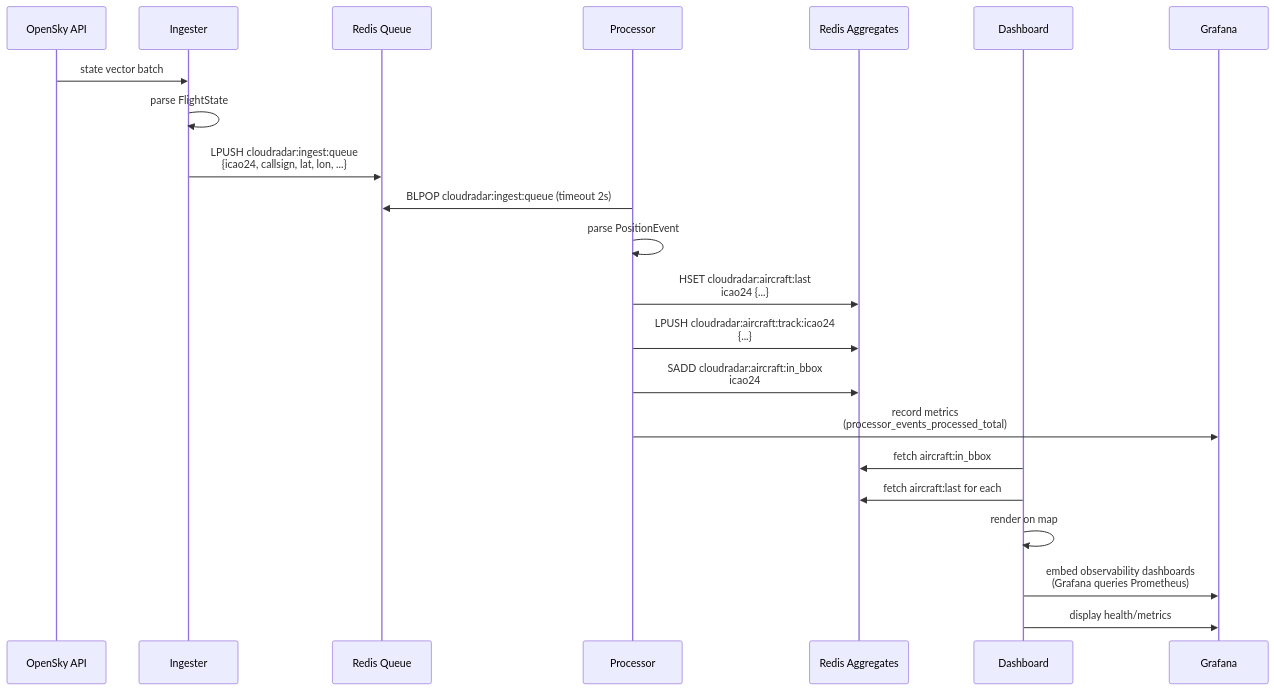
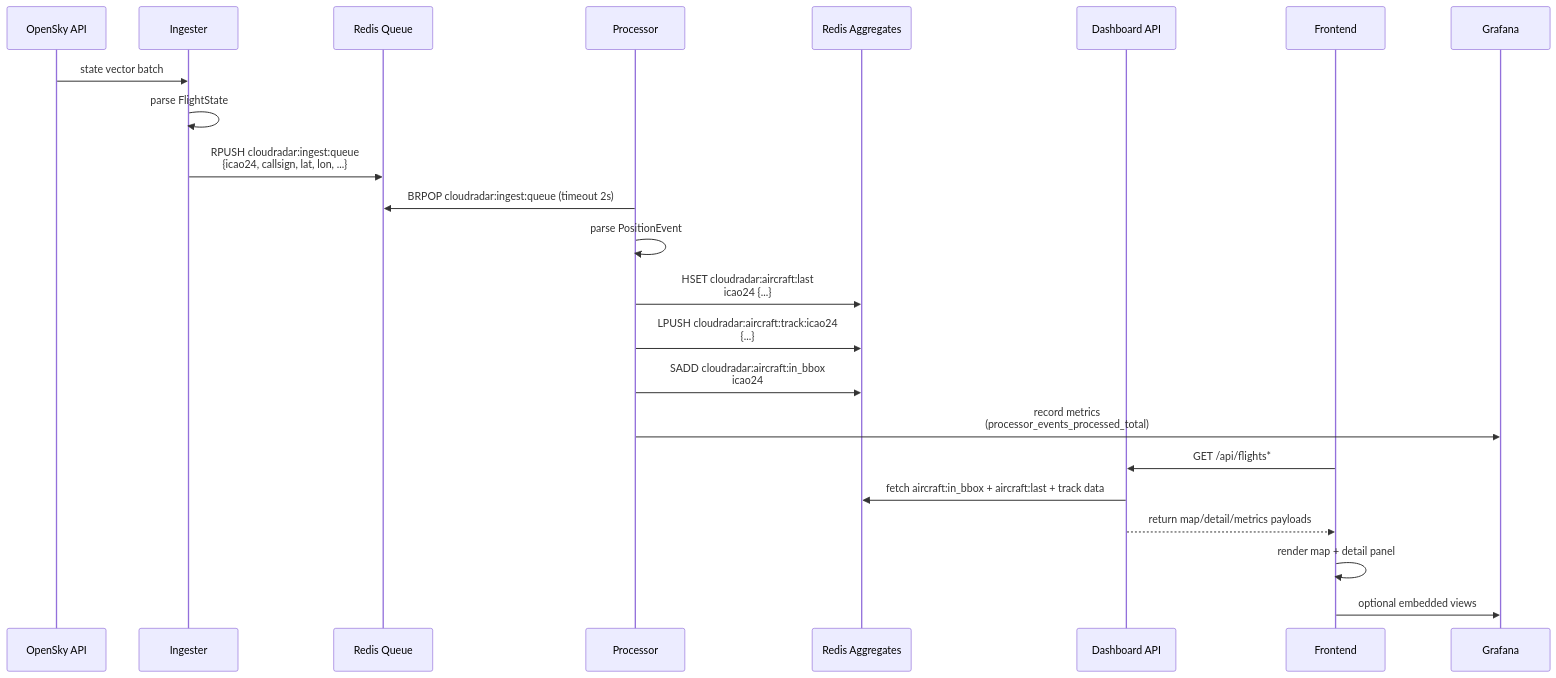
One commit to ClementV78/CloudRadar changed the eighth of 8 diagrams in docs/architecture/application-architecture.md. Above: the diagram before and after it, drawn with Mermaid. The commit also changed other lines of this file and 2 other files, not shown here.

First line of the commit message:
docs(architecture): align EN/FR summaries and app architecture

````diff
--- a/docs/architecture/application-architecture.md
+++ b/docs/architecture/application-architecture.md
@@ -441,27 +499,28 @@
 ```mermaid
 sequenceDiagram
     participant OpenSky as OpenSky API
     participant Ingester
     participant Redis as Redis Queue
     participant Processor
     participant RedisAgg as Redis Aggregates
-    participant Dashboard
+    participant DashboardAPI as Dashboard API
+    participant Frontend
     participant Grafana
 
     OpenSky->>Ingester: state vector batch
     Ingester->>Ingester: parse FlightState
-    Ingester->>Redis: LPUSH cloudradar:ingest:queue<br/>{icao24, callsign, lat, lon, ...}
+    Ingester->>Redis: RPUSH cloudradar:ingest:queue<br/>{icao24, callsign, lat, lon, ...}
     
-    Processor->>Redis: BLPOP cloudradar:ingest:queue (timeout 2s)
+    Processor->>Redis: BRPOP cloudradar:ingest:queue (timeout 2s)
     Processor->>Processor: parse PositionEvent
     Processor->>RedisAgg: HSET cloudradar:aircraft:last<br/>icao24 {...}
     Processor->>RedisAgg: LPUSH cloudradar:aircraft:track:icao24<br/>{...}
     Processor->>RedisAgg: SADD cloudradar:aircraft:in_bbox<br/>icao24
     Processor->>Grafana: record metrics<br/>(processor_events_processed_total)
     
-    Dashboard->>RedisAgg: fetch aircraft:in_bbox
-    Dashboard->>RedisAgg: fetch aircraft:last for each
-    Dashboard->>Dashboard: render on map
-    Dashboard->>Grafana: embed observability dashboards<br/>(Grafana queries Prometheus)
-    Dashboard->>Grafana: display health/metrics
+    Frontend->>DashboardAPI: GET /api/flights*
+    DashboardAPI->>RedisAgg: fetch aircraft:in_bbox + aircraft:last + track data
+    DashboardAPI-->>Frontend: return map/detail/metrics payloads
+    Frontend->>Frontend: render map + detail panel
+    Frontend->>Grafana: optional embedded views
 ```
````
